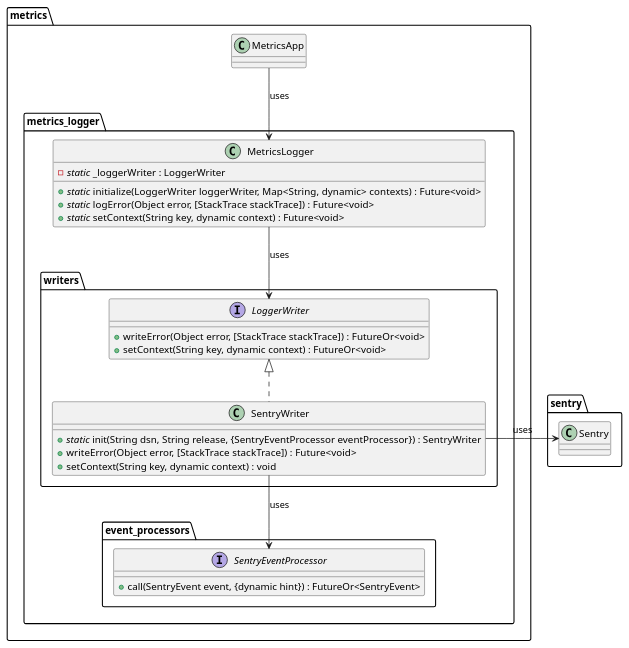
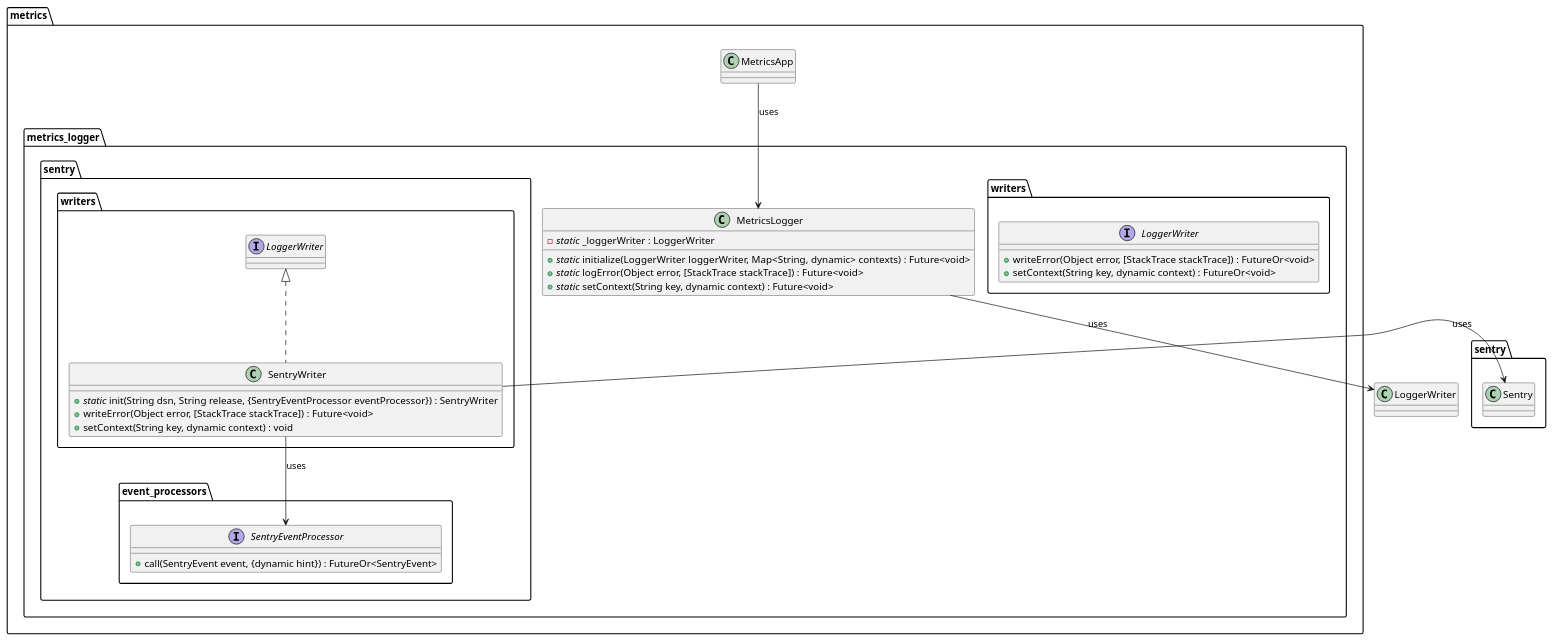
The diagram in metrics/web/docs/features/metrics_logger/diagrams/metrics_logger_sentry_class_diagram.puml (Flank/flank-dashboard), drawn with PlantUML before and after one commit.

Commit message:
update diagram

```diff
--- a/metrics/web/docs/features/metrics_logger/diagrams/metrics_logger_sentry_class_diagram.puml
+++ b/metrics/web/docs/features/metrics_logger/diagrams/metrics_logger_sentry_class_diagram.puml
@@ -1,44 +1,48 @@
 @startuml metrics_logger_class_diagram
 
 package metrics {
   class MetricsApp {}
 
   package metrics_logger {
     package writers {
       interface LoggerWriter {
         + writeError(Object error, [StackTrace stackTrace]) : FutureOr<void>
         + setContext(String key, dynamic context) : FutureOr<void>
       }
-
-      class SentryWriter implements LoggerWriter {
-        + //static// init(String dsn, String release, {SentryEventProcessor eventProcessor}) : SentryWriter
-        + writeError(Object error, [StackTrace stackTrace]) : Future<void>
-        + setContext(String key, dynamic context) : void
-      }
     }
 
-    package event_processors {
-      interface SentryEventProcessor {
-        + call(SentryEvent event, {dynamic hint}) : FutureOr<SentryEvent>
+    package sentry as sentry_logger {
+      package writers as sentry_writers {
+        class SentryWriter implements LoggerWriter {
+          + //static// init(String dsn, String release, {SentryEventProcessor eventProcessor}) : SentryWriter
+          + writeError(Object error, [StackTrace stackTrace]) : Future<void>
+          + setContext(String key, dynamic context) : void
+        }
+      }
+
+      package event_processors {
+        interface SentryEventProcessor {
+          + call(SentryEvent event, {dynamic hint}) : FutureOr<SentryEvent>
+        }
       }
     }
 
     class MetricsLogger {
       - //static// _loggerWriter : LoggerWriter
       + //static// initialize(LoggerWriter loggerWriter,  Map<String, dynamic> contexts) : Future<void>
       + //static// logError(Object error, [StackTrace stackTrace]) : Future<void>
       + //static// setContext(String key, dynamic context) : Future<void>
     }
   }
 }
 
 package sentry {
   class Sentry {}
 }
 
 MetricsApp --> MetricsLogger : uses
 MetricsLogger --> LoggerWriter : uses
 SentryWriter -right-> Sentry : uses
 SentryWriter --> SentryEventProcessor : uses
 
 @enduml
```
